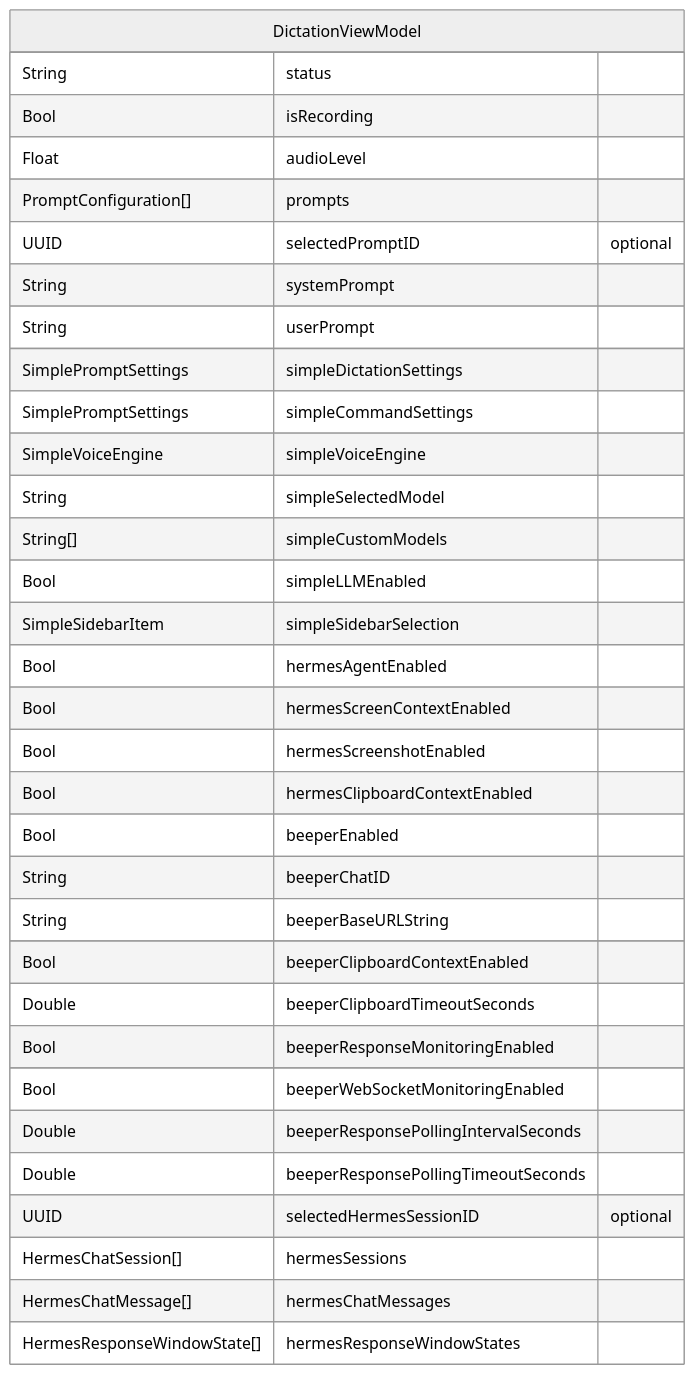
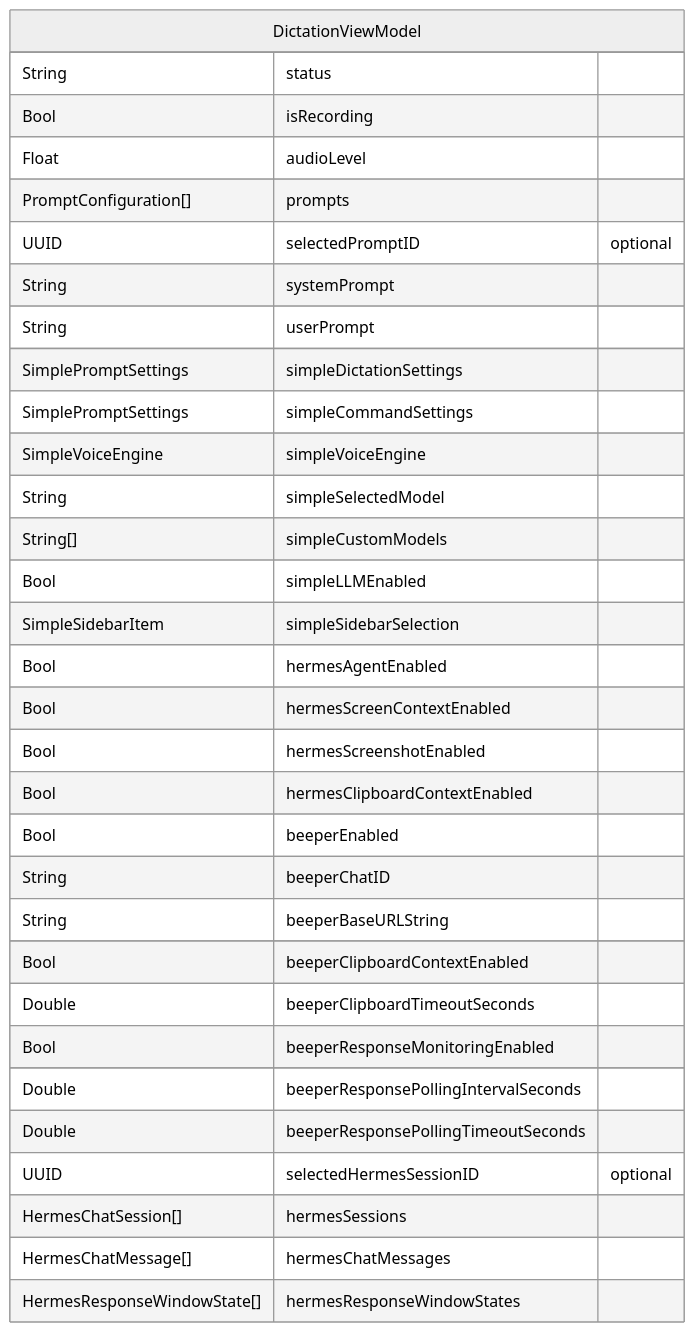
Before and after one commit to dkapo88/WonderWhisper-macOS: the tenth of 13 diagrams in datamodel.md, drawn with Mermaid (neutral theme). The commit also changed other lines of this file and 20 other files, not shown here.

````diff
--- a/datamodel.md
+++ b/datamodel.md
@@ -628,36 +627,35 @@
 ```mermaid
 erDiagram
     DictationViewModel {
         String status
         Bool isRecording
         Float audioLevel
         PromptConfiguration[] prompts
         UUID selectedPromptID "optional"
         String systemPrompt
         String userPrompt
         SimplePromptSettings simpleDictationSettings
         SimplePromptSettings simpleCommandSettings
         SimpleVoiceEngine simpleVoiceEngine
         String simpleSelectedModel
         String[] simpleCustomModels
         Bool simpleLLMEnabled
         SimpleSidebarItem simpleSidebarSelection
         Bool hermesAgentEnabled
         Bool hermesScreenContextEnabled
         Bool hermesScreenshotEnabled
         Bool hermesClipboardContextEnabled
         Bool beeperEnabled
         String beeperChatID
         String beeperBaseURLString
         Bool beeperClipboardContextEnabled
         Double beeperClipboardTimeoutSeconds
         Bool beeperResponseMonitoringEnabled
-        Bool beeperWebSocketMonitoringEnabled
         Double beeperResponsePollingIntervalSeconds
         Double beeperResponsePollingTimeoutSeconds
         UUID selectedHermesSessionID "optional"
         HermesChatSession[] hermesSessions
         HermesChatMessage[] hermesChatMessages
         HermesResponseWindowState[] hermesResponseWindowStates
     }
 ```
````
